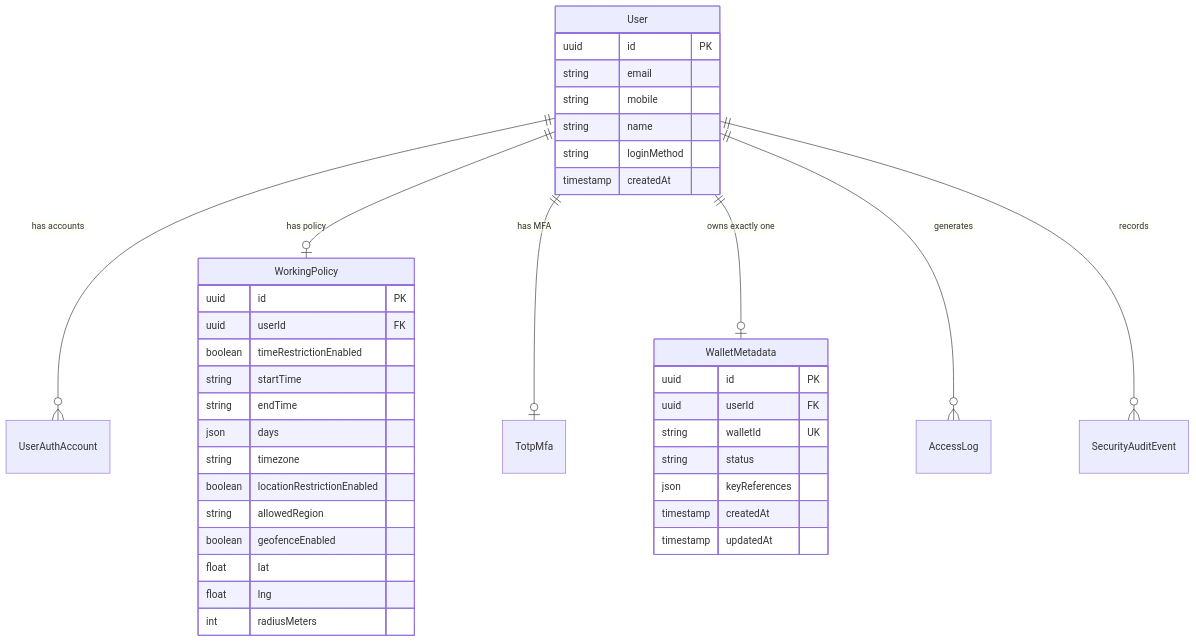
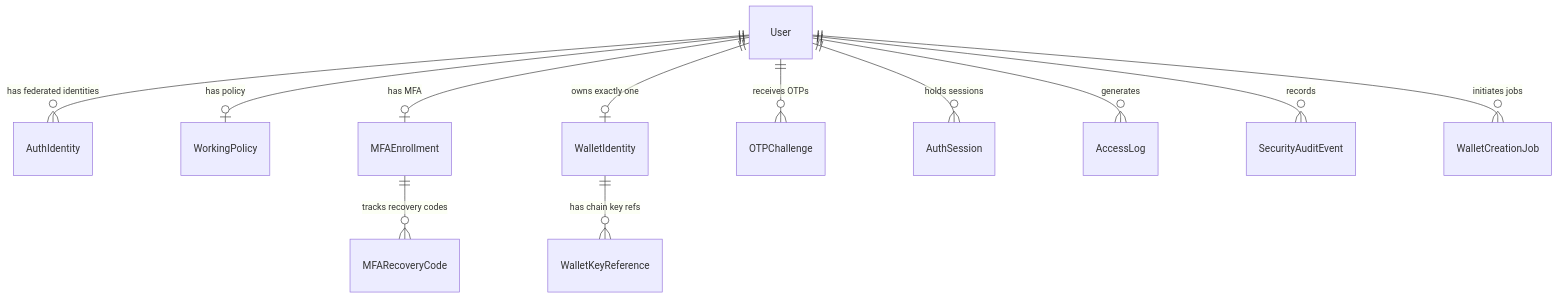
One commit to shubhammongoosetech/saral-poc changed the second of 5 diagrams in SARAL_ARCHITECTURE.md. Above: the diagram before and after it, drawn with Mermaid. The commit also changed other lines of this file and 13 other files, not shown here.

Commit message:
refactor(database): remove unused transactions table, eliminate seed scripts and clean prisma schema

````diff
--- a/SARAL_ARCHITECTURE.md
+++ b/SARAL_ARCHITECTURE.md
@@ -123,44 +139,14 @@
 ```mermaid
 erDiagram
-    User ||--o{ UserAuthAccount : "has accounts"
+    User ||--o{ AuthIdentity : "has federated identities"
     User ||--o| WorkingPolicy : "has policy"
-    User ||--o| TotpMfa : "has MFA"
-    User ||--o| WalletMetadata : "owns exactly one"
+    User ||--o| MFAEnrollment : "has MFA"
+    MFAEnrollment ||--o{ MFARecoveryCode : "tracks recovery codes"
+    User ||--o| WalletIdentity : "owns exactly one"
+    WalletIdentity ||--o{ WalletKeyReference : "has chain key refs"
+    User ||--o{ OTPChallenge : "receives OTPs"
+    User ||--o{ AuthSession : "holds sessions"
     User ||--o{ AccessLog : "generates"
     User ||--o{ SecurityAuditEvent : "records"
-
-    User {
-        uuid id PK
-        string email
-        string mobile
-        string name
-        string loginMethod
-        timestamp createdAt
-    }
-
-    WalletMetadata {
-        uuid id PK
-        uuid userId FK
-        string walletId UK
-        string status
-        json keyReferences
-        timestamp createdAt
-        timestamp updatedAt
-    }
-
-    WorkingPolicy {
-        uuid id PK
-        uuid userId FK
-        boolean timeRestrictionEnabled
-        string startTime
-        string endTime
-        json days
-        string timezone
-        boolean locationRestrictionEnabled
-        string allowedRegion
-        boolean geofenceEnabled
-        float lat
-        float lng
-        int radiusMeters
-    }
+    User ||--o{ WalletCreationJob : "initiates jobs"
 ```
````
